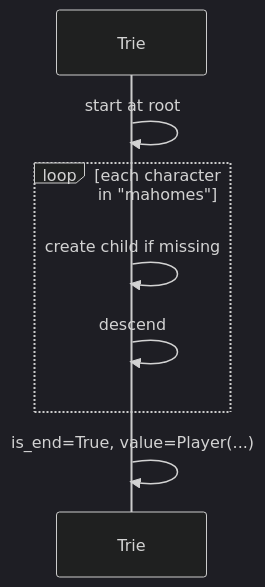
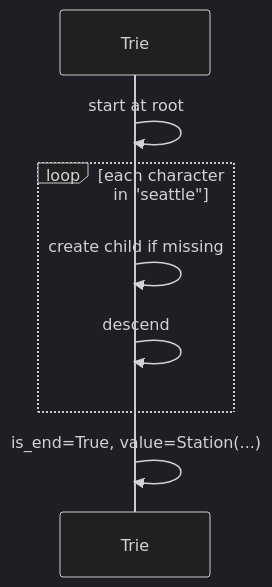
The seventh of 8 diagrams in docs/dsa/data-structures/tries/index.md (qgjones9/python-programming-guide), drawn with Mermaid (dark theme) before and after one commit. The commit also changed other lines of this file and 29 other files, not shown here.

````diff
--- a/docs/dsa/data-structures/tries/index.md
+++ b/docs/dsa/data-structures/tries/index.md
@@ -656,10 +642,10 @@
 ```mermaid
 sequenceDiagram
   participant T as Trie
   T->>T: start at root
-  loop each character in "mahomes"
+  loop each character in "seattle"
     T->>T: create child if missing
     T->>T: descend
   end
-  T->>T: is_end=True, value=Player(...)
+  T->>T: is_end=True, value=Station(...)
 ```
````
